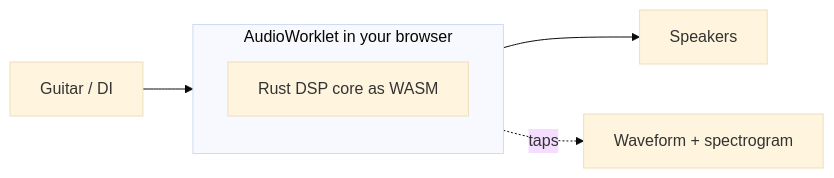
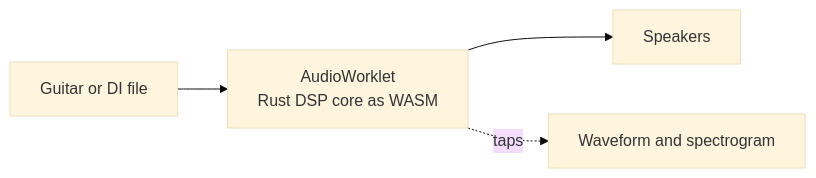
One commit to leejianrong/v-guitar-rig changed the diagram in README.md. Above: the diagram before and after it, drawn with Mermaid (base theme).

Commit message:
Fix README diagram

````diff
--- a/README.md
+++ b/README.md
@@ -9,9 +9,6 @@
 ```mermaid
 flowchart LR
-  G[Guitar / DI] --> W[AudioWorklet]
-  subgraph W[AudioWorklet in your browser]
-    C[Rust DSP core as WASM]
-  end
-  W --> O[Speakers]
-  W -.taps.-> V[Waveform + spectrogram]
+  G[Guitar or DI file] --> A[AudioWorklet<br/>Rust DSP core as WASM]
+  A --> S[Speakers]
+  A -.taps.-> V[Waveform and spectrogram]
 ```
````
